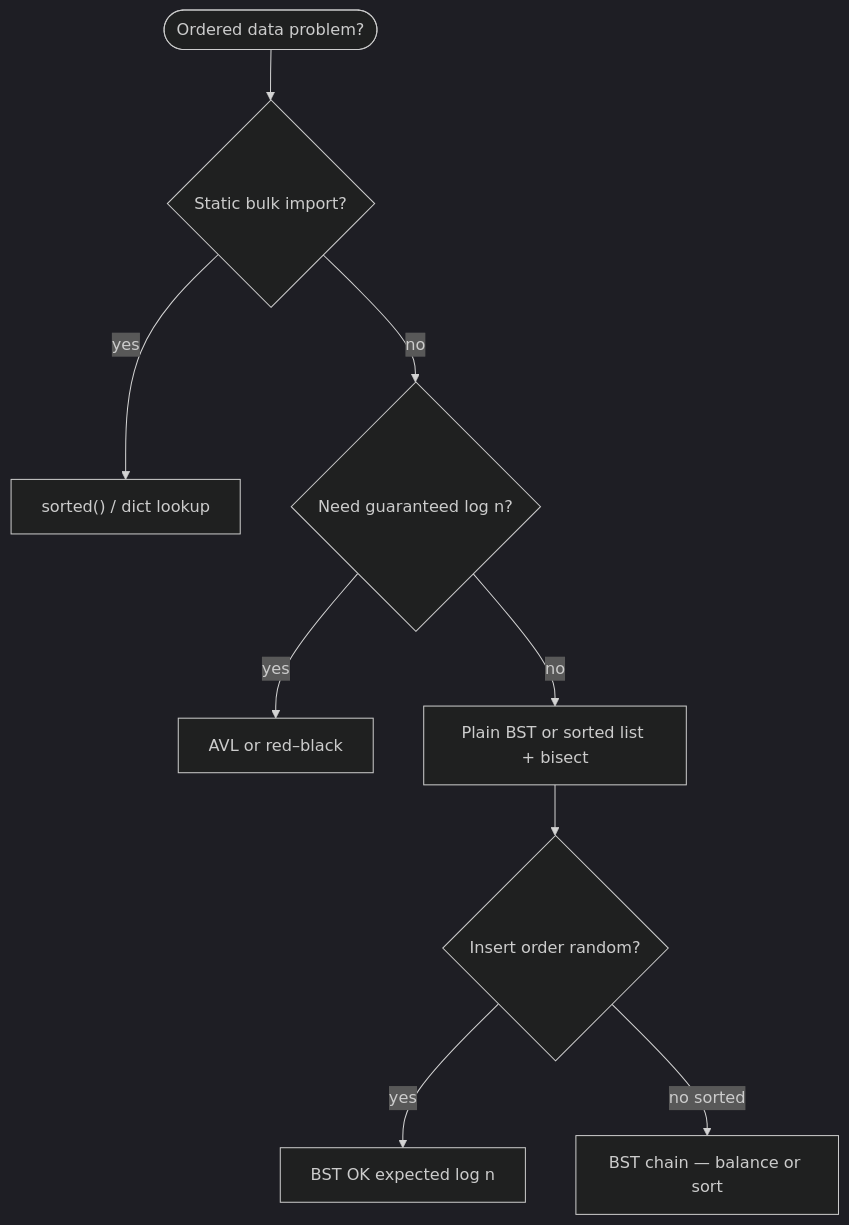
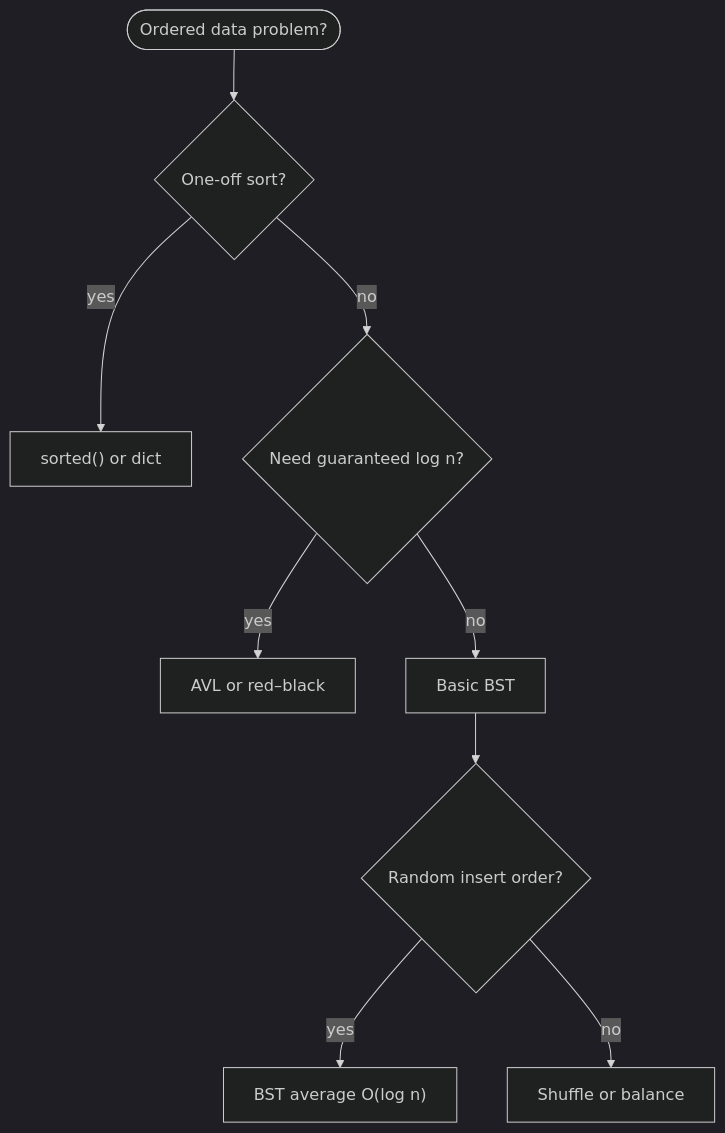
One commit to qgjones9/python-programming-guide changed the fifth of 5 diagrams in docs/dsa/data-structures/binary-search-tree/index.md. Above: the diagram before and after it, drawn with Mermaid (dark theme). The commit also changed other lines of this file and 2 other files, not shown here.

````diff
--- a/docs/dsa/data-structures/binary-search-tree/index.md
+++ b/docs/dsa/data-structures/binary-search-tree/index.md
@@ -679,12 +1427,12 @@
 ```mermaid
 flowchart TD
- Q([Ordered data problem?])
- Q --> S{Static bulk import?}
- S -->|yes| P["sorted() / dict lookup"]
- S -->|no| I{Need guaranteed log n?}
- I -->|yes| B["AVL or red–black"]
- I -->|no| T["Plain BST or sorted list + bisect"]
- T --> R{Insert order random?}
- R -->|yes| BST["BST OK expected log n"]
- R -->|no sorted| BAD["BST chain — balance or sort"]
+  Q([Ordered data problem?])
+  Q --> S{One-off sort?}
+  S -->|yes| P["sorted() or dict"]
+  S -->|no| I{Need guaranteed log n?}
+  I -->|yes| B["AVL or red–black"]
+  I -->|no| T["Basic BST"]
+  T --> R{Random insert order?}
+  R -->|yes| OK["BST average O(log n)"]
+  R -->|no| BAD["Shuffle or balance"]
 ```
````
